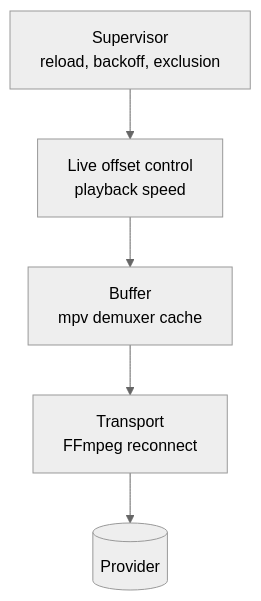
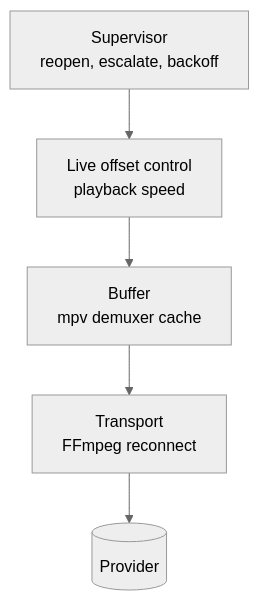
One commit to jonocairns/coaxn changed the diagram in docs/design/live-playback.md. Above: the diagram before and after it, drawn with Mermaid (neutral theme). The commit also changed other lines of this file and 37 other files, not shown here.

````diff
--- a/docs/design/live-playback.md
+++ b/docs/design/live-playback.md
@@ -42,7 +53,7 @@
 ```mermaid
 flowchart TB
-    S[Supervisor<br/>reload, backoff, exclusion] --> L[Live offset control<br/>playback speed]
+    S[Supervisor<br/>reopen, escalate, backoff] --> L[Live offset control<br/>playback speed]
     L --> B[Buffer<br/>mpv demuxer cache]
     B --> T[Transport<br/>FFmpeg reconnect]
     T --> N[(Provider)]
 ```
````
